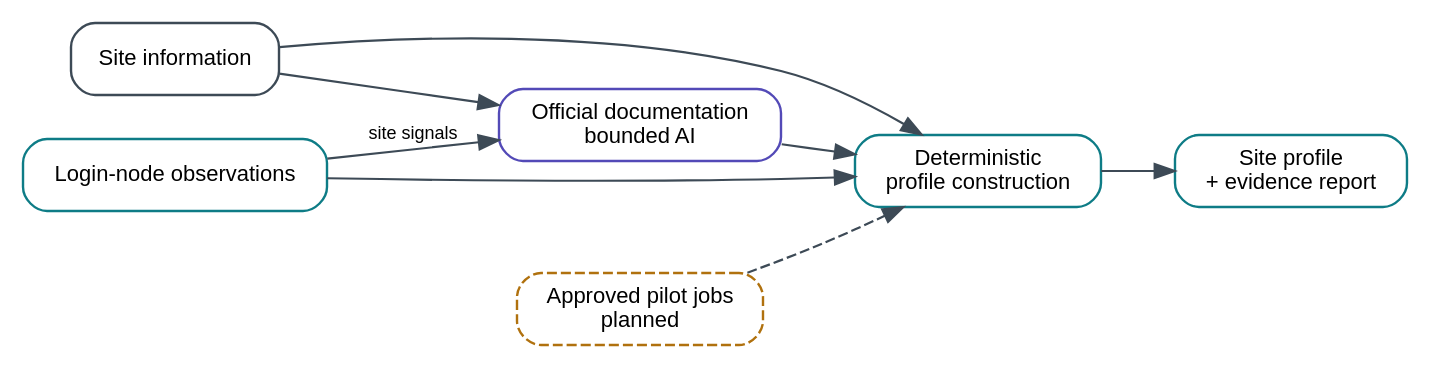
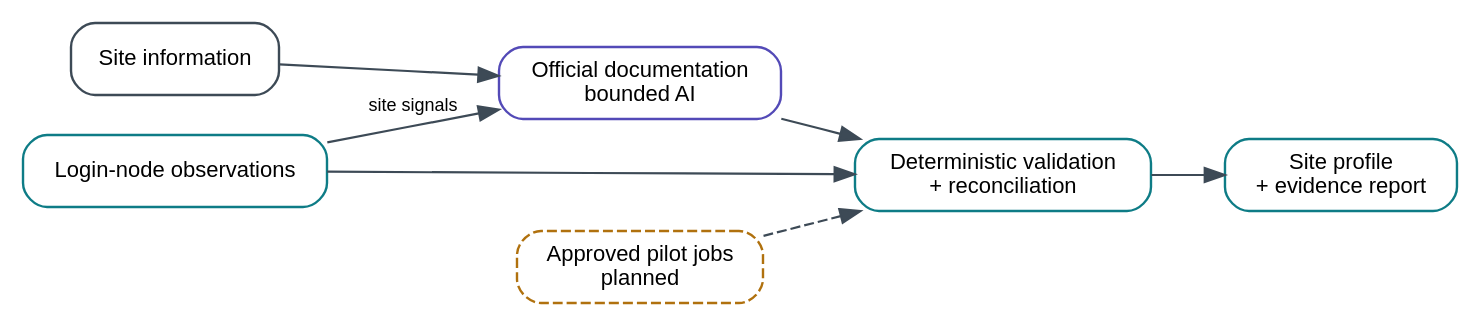
Before and after one commit to floability/hpc-site-preflight: the diagram in docs/figures/construct.dot, drawn with Graphviz. The commit also changed 28 other files, not shown here.

```diff
--- a/docs/figures/construct.dot
+++ b/docs/figures/construct.dot
@@ -1,23 +1,22 @@
 // High-level site-profile construction. Reviewed 2026-07-20.
 digraph construct {
   rankdir=LR;
   bgcolor="white";
   node [shape=box, style="rounded,filled", fontname="Helvetica", fontsize=11,
         fillcolor="white", color="#3D4A56", penwidth=1.2];
   edge [fontname="Helvetica", fontsize=9, color="#3D4A56", penwidth=1.1];
 
   site [label="Site information"];
   measure [label="Login-node observations", color="#0E7C86"];
   docs [label="Official documentation\nbounded AI", color="#534AB7"];
   pilots [label="Approved pilot jobs\nplanned", color="#B0710E", style="rounded,dashed"];
-  construct [label="Deterministic\nprofile construction", color="#0E7C86"];
+  construct [label="Deterministic validation\n+ reconciliation", color="#0E7C86"];
   output [label="Site profile\n+ evidence report", color="#0E7C86"];
 
   site -> docs;
-  site -> construct;
   measure -> docs [label="site signals"];
   measure -> construct;
   docs -> construct;
   pilots -> construct [style=dashed];
   construct -> output;
 }
```
